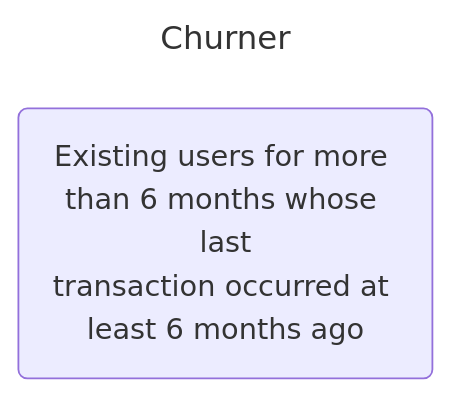
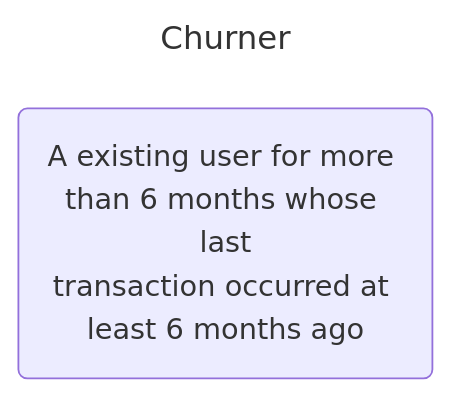
The second of 6 diagrams in README.md (lucas-dpontes/NeoBank-User-Engagement-Analysis), drawn with Mermaid before and after one commit.

````diff
--- a/README.md
+++ b/README.md
@@ -44,9 +44,9 @@
 ```mermaid
 ---
 title: Churner
 ---
 flowchart LR
-    id1(Existing users for more than 6 months whose last
+    id1(A existing user for more than 6 months whose last
 transaction occurred at least 6 months ago
 )
 ```
````
